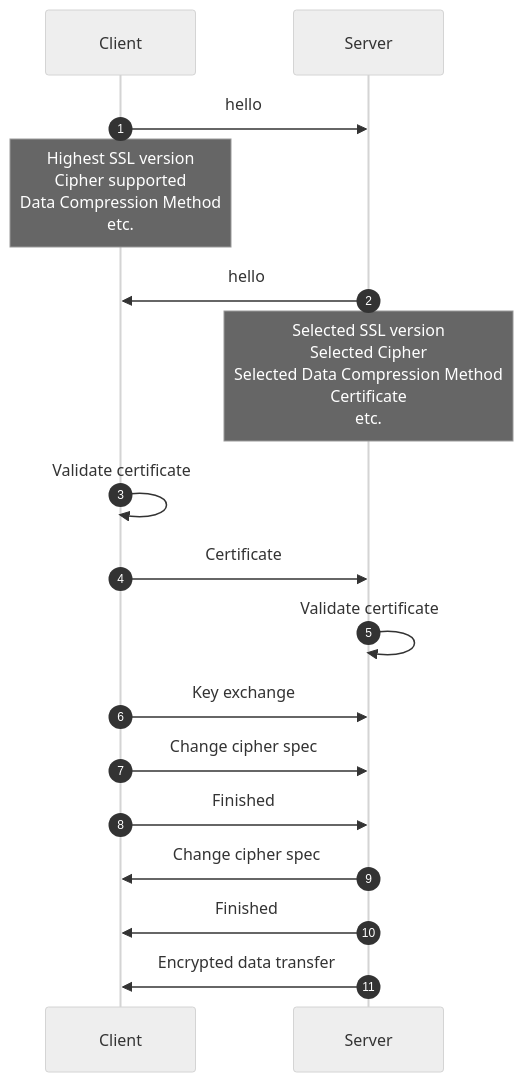
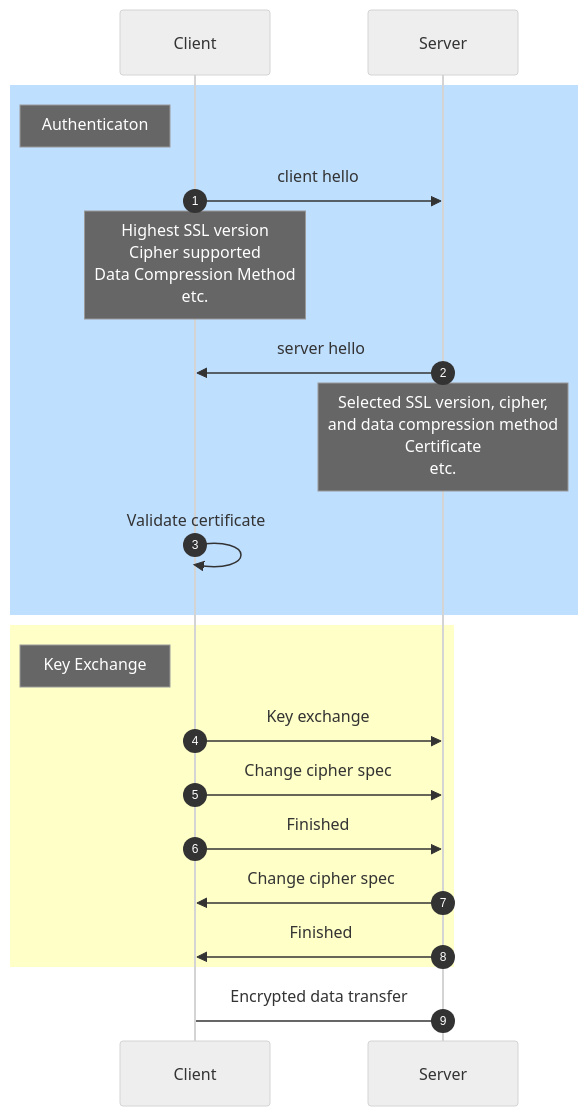
Before and after one commit to bingyangchen/KM-software: the diagram in Network/SSL & TLS.md, drawn with Mermaid (neutral theme). The commit also changed other lines of this file and 17 other files, not shown here.

````diff
--- a/Network/SSL & TLS.md
+++ b/Network/SSL & TLS.md
@@ -139,17 +60,21 @@
 ```mermaid
 sequenceDiagram
     autonumber
-    Client ->> Server: hello
+    rect rgb(191, 223, 255)
+    note left of Client: Authenticaton
+    Client ->> Server: client hello
     Note over Client: Highest SSL version<br/>Cipher supported<br/>Data Compression Method<br/>etc.
-    Server ->> Client: hello
-    Note over Server: Selected SSL version<br/>Selected Cipher<br/>Selected Data Compression Method<br/>Certificate<br/>etc.
+    Server ->> Client: server hello
+    Note over Server: Selected SSL version, cipher,<br/>and data compression method<br/>Certificate<br/>etc.
     Client ->> Client: Validate certificate
-    Client ->> Server: Certificate
-    Server ->> Server: Validate certificate
+    end
+    rect rgb(255, 255, 200)
+    note left of Client: Key Exchange
     Client ->> Server: Key exchange
     Client ->> Server: Change cipher spec
     Client ->> Server: Finished
     Server ->> Client: Change cipher spec
     Server ->> Client: Finished
-    Server ->> Client: Encrypted data transfer
+    end
+    Server -> Client: Encrypted data transfer
 ```
````
